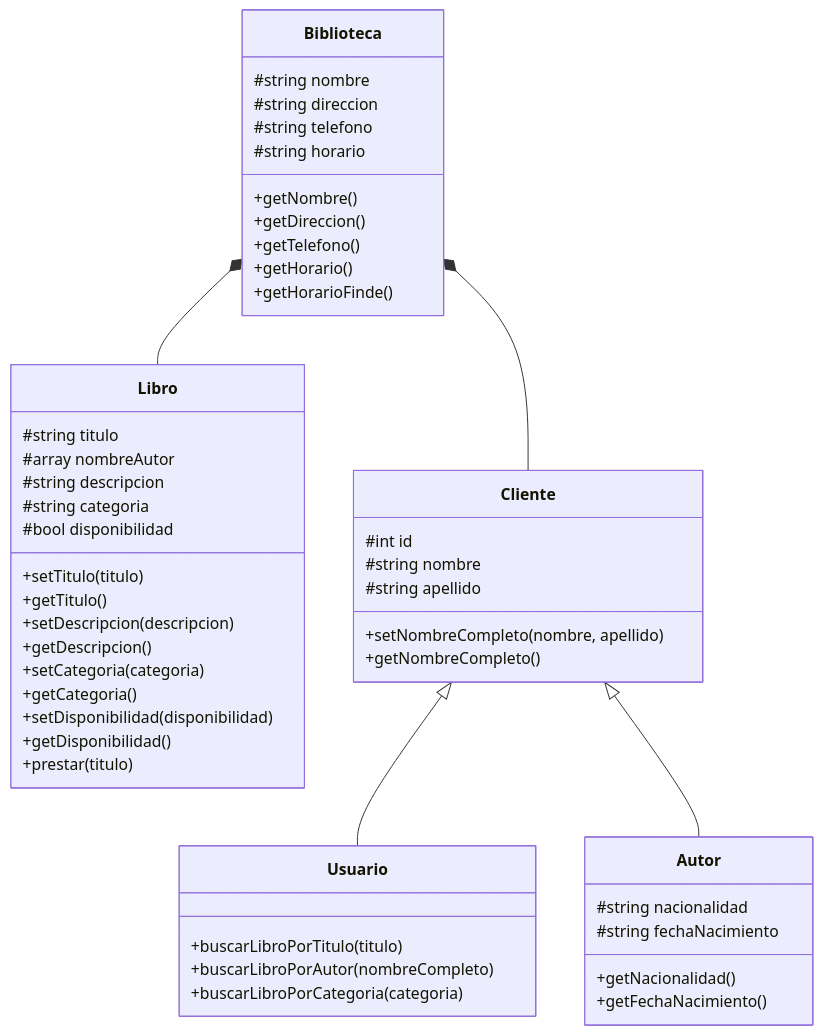
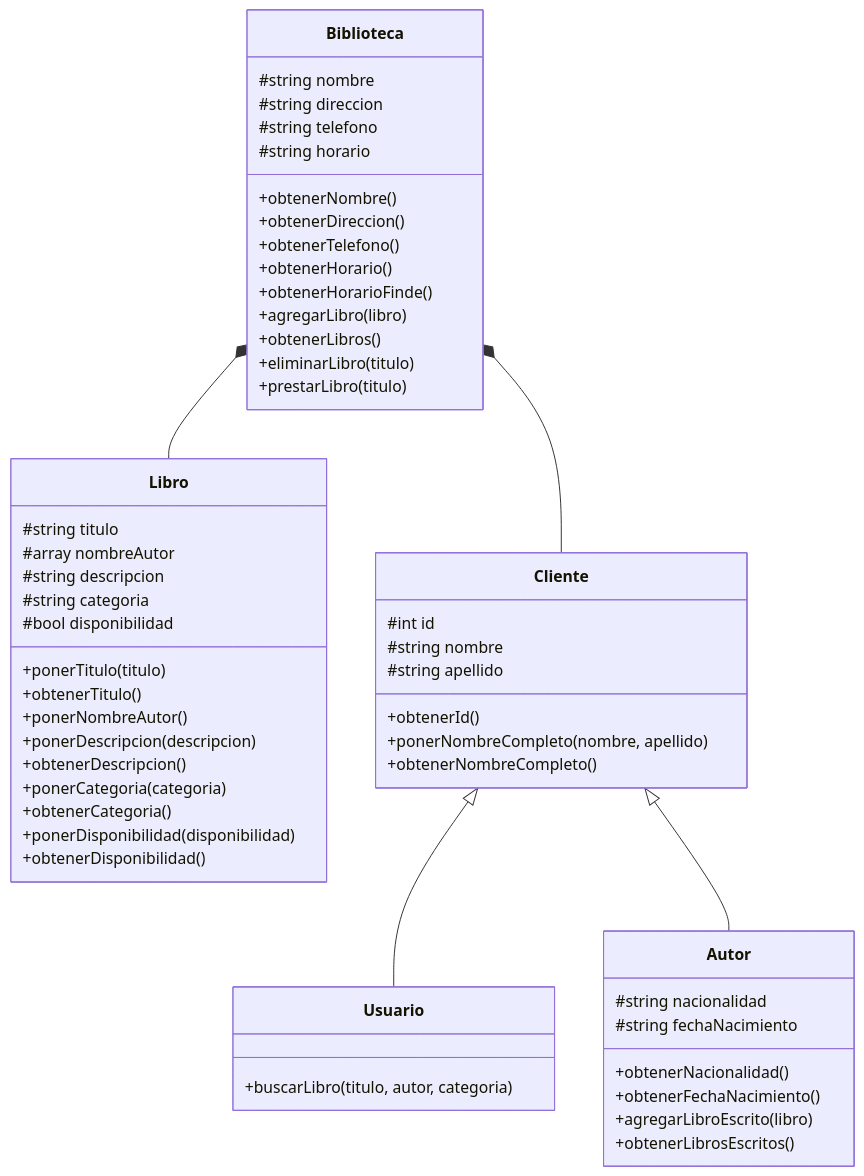
Before and after one commit to AlexReyesHuezo/bibliotech: the diagram in README.md, drawn with Mermaid.

Commit message:
docs: add names only in spanish and a better arrange of methods

````diff
--- a/README.md
+++ b/README.md
@@ -18,55 +18,60 @@
 ```mermaid
 ---
 Bibliotech
 ---
 
 classDiagram
   class Biblioteca
   Biblioteca *-- Libro
   Biblioteca *-- Cliente
   Biblioteca: #string nombre
   Biblioteca: #string direccion
   Biblioteca: #string telefono
   Biblioteca: #string horario
-  Biblioteca: +getNombre()
-  Biblioteca: +getDireccion()
-  Biblioteca: +getTelefono()
-  Biblioteca: +getHorario()
-  Biblioteca: +getHorarioFinde()
+  Biblioteca: +obtenerNombre()
+  Biblioteca: +obtenerDireccion()
+  Biblioteca: +obtenerTelefono()
+  Biblioteca: +obtenerHorario()
+  Biblioteca: +obtenerHorarioFinde()
+  Biblioteca: +agregarLibro(libro)
+  Biblioteca: +obtenerLibros()
+  Biblioteca: +eliminarLibro(titulo)
+  Biblioteca: +prestarLibro(titulo)
 
   class Libro
   Libro: #string titulo
   Libro: #array nombreAutor
   Libro: #string descripcion
   Libro: #string categoria
   Libro: #bool disponibilidad
-  Libro: +setTitulo(titulo)
-  Libro: +getTitulo()
-  Libro: +setDescripcion(descripcion)
-  Libro: +getDescripcion()
-  Libro: +setCategoria(categoria)
-  Libro: +getCategoria()
-  Libro: +setDisponibilidad(disponibilidad)
-  Libro: +getDisponibilidad()
-  Libro: +prestar(titulo)
+  Libro: +ponerTitulo(titulo)
+  Libro: +obtenerTitulo()
+  Libro: +ponerNombreAutor()
+  Libro: +ponerDescripcion(descripcion)
+  Libro: +obtenerDescripcion()
+  Libro: +ponerCategoria(categoria)
+  Libro: +obtenerCategoria()
+  Libro: +ponerDisponibilidad(disponibilidad)
+  Libro: +obtenerDisponibilidad()
 
   class Cliente
   Cliente <|-- Usuario
   Cliente <|-- Autor
   Cliente: #int id
   Cliente: #string nombre
   Cliente: #string apellido
-  Cliente: +setNombreCompleto(nombre, apellido)
-  Cliente: +getNombreCompleto()
+  Cliente: +obtenerId()
+  Cliente: +ponerNombreCompleto(nombre, apellido)
+  Cliente: +obtenerNombreCompleto()
 
   class Autor
   Autor: #string nacionalidad
   Autor: #string fechaNacimiento
-  Autor: +getNacionalidad()
-  Autor: +getFechaNacimiento()
+  Autor: +obtenerNacionalidad()
+  Autor: +obtenerFechaNacimiento()
+  Autor: +agregarLibroEscrito(libro)
+  Autor: +obtenerLibrosEscritos()
 
   class Usuario
-  Usuario: +buscarLibroPorTitulo(titulo)
-  Usuario: +buscarLibroPorAutor(nombreCompleto)
-  Usuario: +buscarLibroPorCategoria(categoria)
+  Usuario: +buscarLibro(titulo, autor, categoria)
 ```
````
